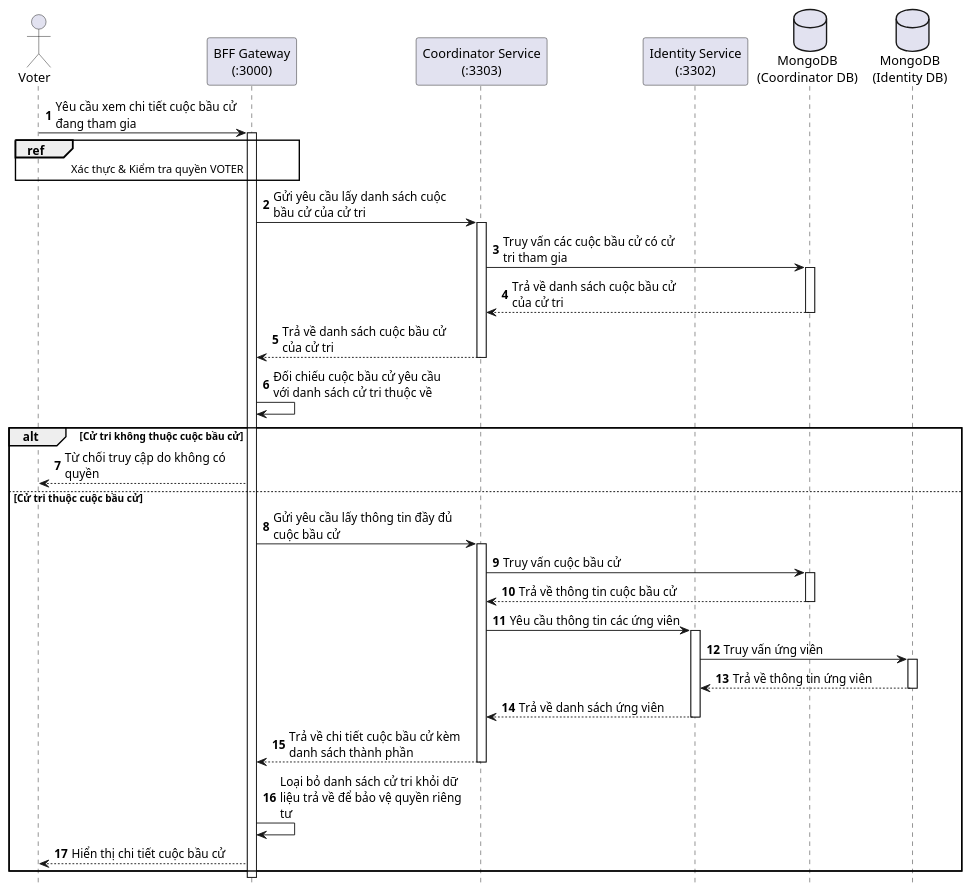
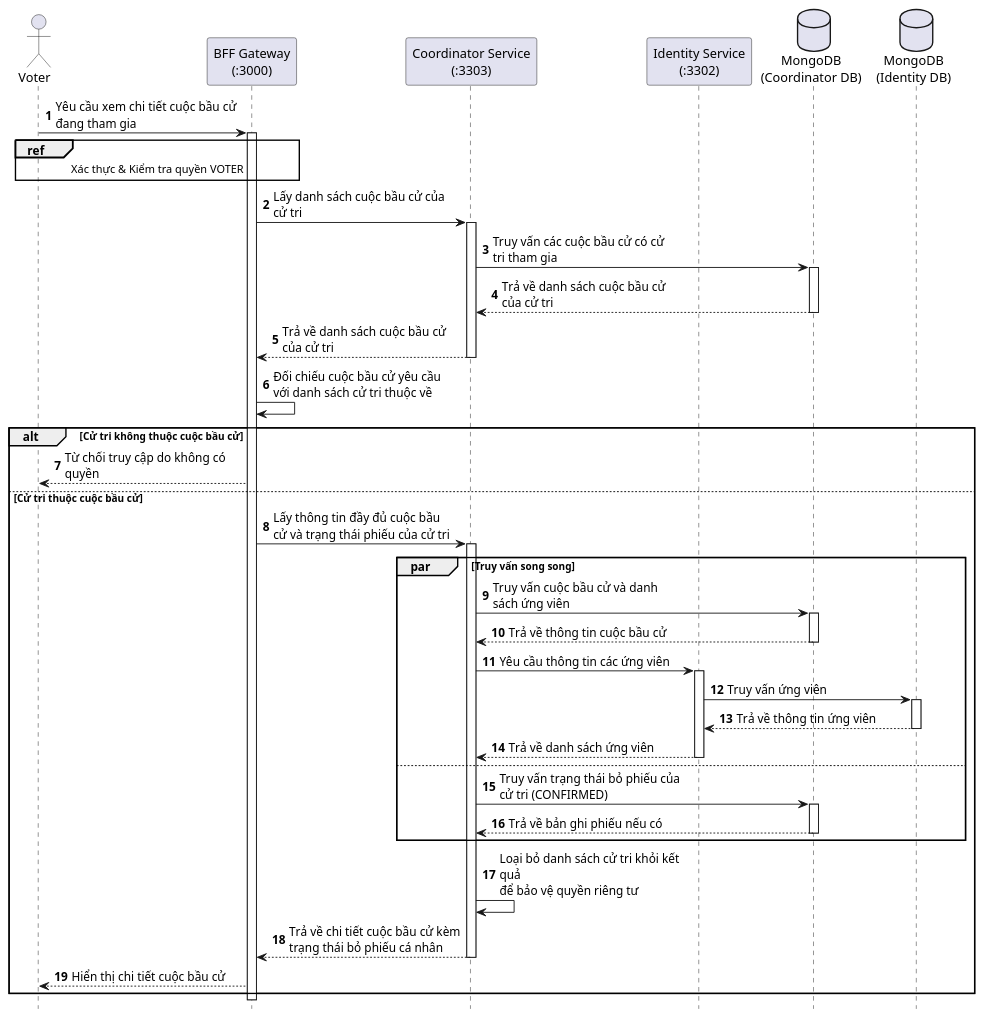
One commit to Tuienn/e-voting-latex changed the diagram in PlantUML/Sequence/Xem-chi-tiet-bau-cu-tham-gia.puml. Above: the diagram before and after it, drawn with PlantUML. The commit also changed 61 other files, not shown here.

```diff
--- a/PlantUML/Sequence/Xem-chi-tiet-bau-cu-tham-gia.puml
+++ b/PlantUML/Sequence/Xem-chi-tiet-bau-cu-tham-gia.puml
@@ -1,58 +1,64 @@
 @startuml XemChiTietBauCuThamGia
 hide footbox
 autonumber
 skinparam maxMessageSize 200
 
 actor "Voter " as Voter
 participant "BFF Gateway\n(:3000)" as BFF
 participant "Coordinator Service\n(:3303)" as Coordinator
 participant "Identity Service\n(:3302)" as Identity
 database "MongoDB\n(Coordinator DB)" as CoDB
 database "MongoDB\n(Identity DB)" as IdDB
 
 Voter -> BFF: Yêu cầu xem chi tiết cuộc bầu cử đang tham gia
 activate BFF
 
 ref over Voter, BFF : Xác thực & Kiểm tra quyền VOTER
 
-BFF -> Coordinator: Gửi yêu cầu lấy danh sách cuộc bầu cử của cử tri
+BFF -> Coordinator: Lấy danh sách cuộc bầu cử của cử tri
 activate Coordinator
 Coordinator -> CoDB: Truy vấn các cuộc bầu cử có cử tri tham gia
 activate CoDB
 CoDB --> Coordinator: Trả về danh sách cuộc bầu cử của cử tri
 deactivate CoDB
 Coordinator --> BFF: Trả về danh sách cuộc bầu cử của cử tri
 deactivate Coordinator
 
 BFF -> BFF: Đối chiếu cuộc bầu cử yêu cầu với danh sách cử tri thuộc về
 
 alt Cử tri không thuộc cuộc bầu cử
   BFF --> Voter: Từ chối truy cập do không có quyền
 else Cử tri thuộc cuộc bầu cử
-  BFF -> Coordinator: Gửi yêu cầu lấy thông tin đầy đủ cuộc bầu cử
+  BFF -> Coordinator: Lấy thông tin đầy đủ cuộc bầu cử và trạng thái phiếu của cử tri
   activate Coordinator
 
-  Coordinator -> CoDB: Truy vấn cuộc bầu cử
-  activate CoDB
-  CoDB --> Coordinator: Trả về thông tin cuộc bầu cử
-  deactivate CoDB
+  par Truy vấn song song
+    Coordinator -> CoDB: Truy vấn cuộc bầu cử và danh sách ứng viên
+    activate CoDB
+    CoDB --> Coordinator: Trả về thông tin cuộc bầu cử
+    deactivate CoDB
 
-  Coordinator -> Identity: Yêu cầu thông tin các ứng viên
-  activate Identity
-  Identity -> IdDB: Truy vấn ứng viên
-  activate IdDB
-  IdDB --> Identity: Trả về thông tin ứng viên
-  deactivate IdDB
-  Identity --> Coordinator: Trả về danh sách ứng viên
-  deactivate Identity
+    Coordinator -> Identity: Yêu cầu thông tin các ứng viên
+    activate Identity
+    Identity -> IdDB: Truy vấn ứng viên
+    activate IdDB
+    IdDB --> Identity: Trả về thông tin ứng viên
+    deactivate IdDB
+    Identity --> Coordinator: Trả về danh sách ứng viên
+    deactivate Identity
+  else
+    Coordinator -> CoDB: Truy vấn trạng thái bỏ phiếu của cử tri (CONFIRMED)
+    activate CoDB
+    CoDB --> Coordinator: Trả về bản ghi phiếu nếu có
+    deactivate CoDB
+  end
 
-  Coordinator --> BFF: Trả về chi tiết cuộc bầu cử kèm danh sách thành phần
+  Coordinator -> Coordinator: Loại bỏ danh sách cử tri khỏi kết quả\nđể bảo vệ quyền riêng tư
+  Coordinator --> BFF: Trả về chi tiết cuộc bầu cử kèm trạng thái bỏ phiếu cá nhân
   deactivate Coordinator
-
-  BFF -> BFF: Loại bỏ danh sách cử tri khỏi dữ liệu trả về để bảo vệ quyền riêng tư
 
   BFF --> Voter: Hiển thị chi tiết cuộc bầu cử
 end
 
 deactivate BFF
 @enduml
```
